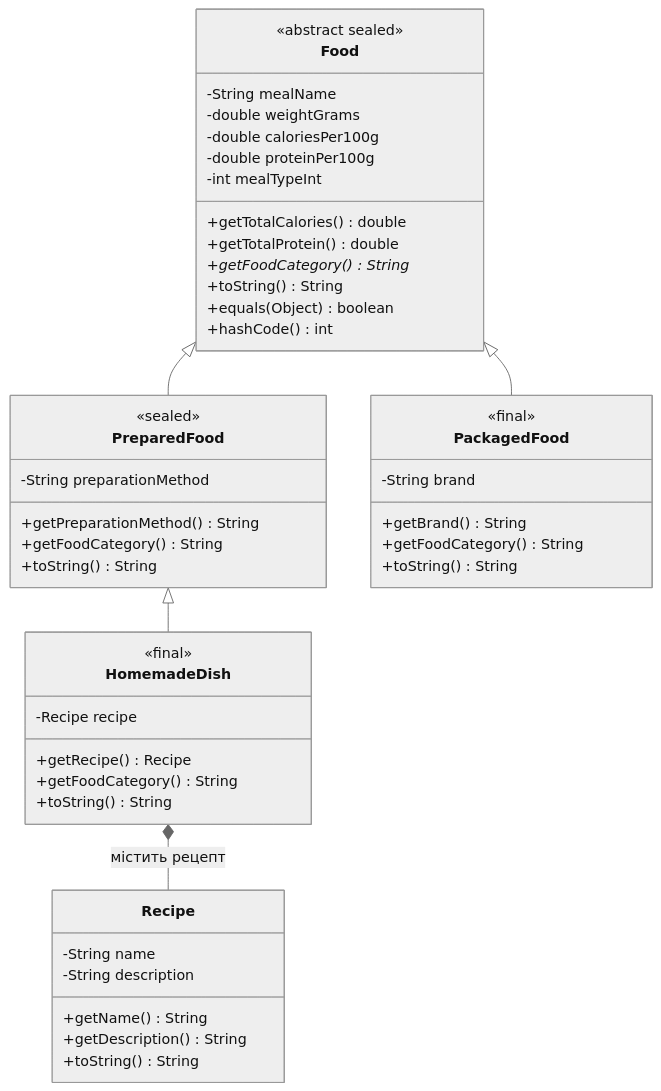
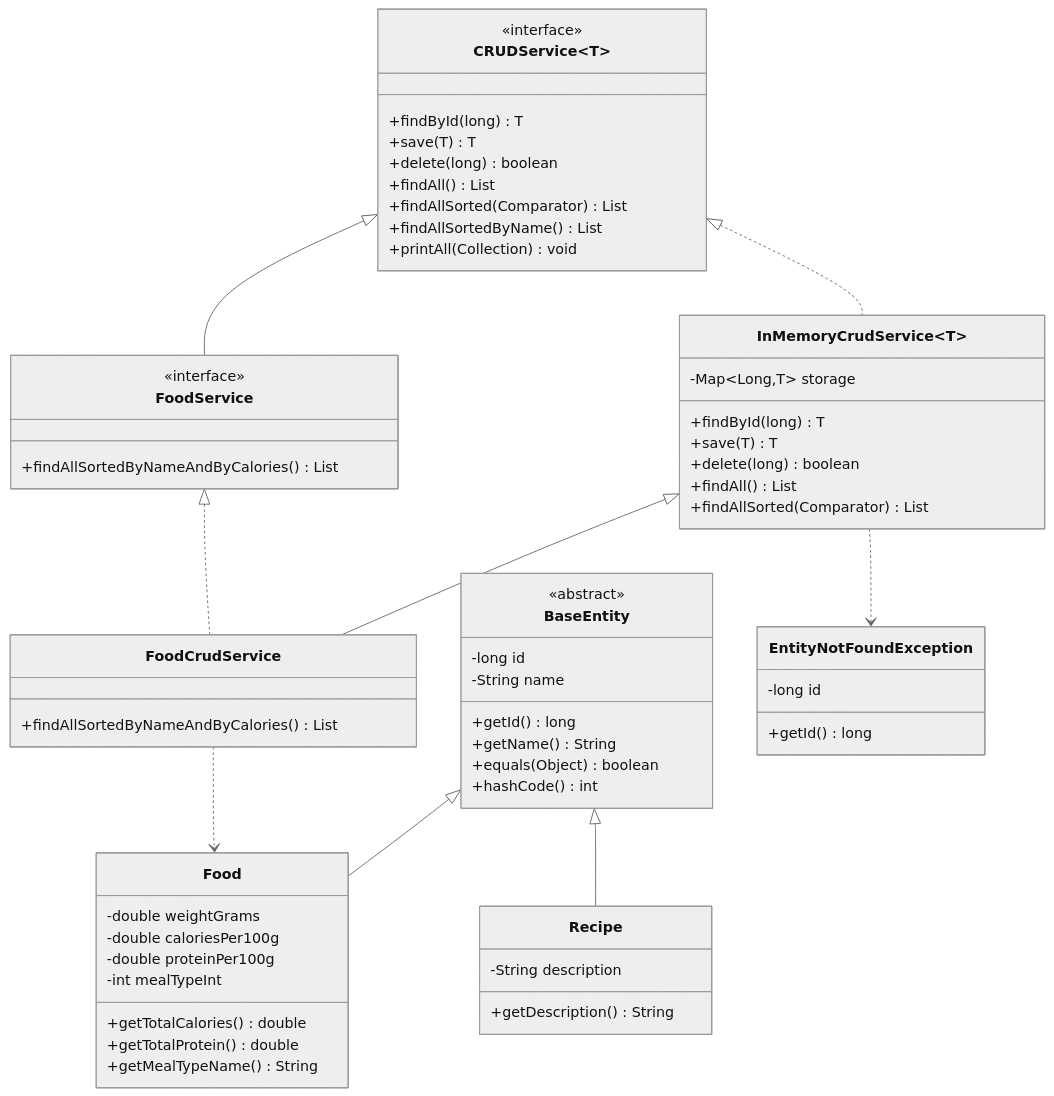
One commit to usern18/Calorietracker changed the diagram in README.md. Above: the diagram before and after it, drawn with Mermaid (neutral theme). The commit also changed other lines of this file and 9 other files, not shown here.

Commit message:
feat: implement generic CRUD service

````diff
--- a/README.md
+++ b/README.md
@@ -53,54 +186,70 @@
 ```mermaid
 classDiagram
+    class BaseEntity {
+        <<abstract>>
+        -long id
+        -String name
+        +getId() long
+        +getName() String
+        +equals(Object) boolean
+        +hashCode() int
+    }
+
     class Food {
-        <<abstract sealed>>
-        -String mealName
         -double weightGrams
         -double caloriesPer100g
         -double proteinPer100g
         -int mealTypeInt
         +getTotalCalories() double
         +getTotalProtein() double
-        +getFoodCategory()* String
-        +toString() String
-        +equals(Object) boolean
-        +hashCode() int
-    }
-
-    class PreparedFood {
-        <<sealed>>
-        -String preparationMethod
-        +getPreparationMethod() String
-        +getFoodCategory() String
-        +toString() String
-    }
-
-    class HomemadeDish {
-        <<final>>
-        -Recipe recipe
-        +getRecipe() Recipe
-        +getFoodCategory() String
-        +toString() String
-    }
-
-    class PackagedFood {
-        <<final>>
-        -String brand
-        +getBrand() String
-        +getFoodCategory() String
-        +toString() String
+        +getMealTypeName() String
     }
 
     class Recipe {
-        -String name
         -String description
-        +getName() String
         +getDescription() String
-        +toString() String
     }
 
-    Food <|-- PreparedFood
-    Food <|-- PackagedFood
-    PreparedFood <|-- HomemadeDish
-    HomemadeDish *-- Recipe : містить рецепт
+    class CRUDService~T~ {
+        <<interface>>
+        +findById(long) T
+        +save(T) T
+        +delete(long) boolean
+        +findAll() List
+        +findAllSorted(Comparator) List
+        +findAllSortedByName() List
+        +printAll(Collection) void
+    }
+
+    class InMemoryCrudService~T~ {
+        -Map~Long,T~ storage
+        +findById(long) T
+        +save(T) T
+        +delete(long) boolean
+        +findAll() List
+        +findAllSorted(Comparator) List
+    }
+
+    class FoodService {
+        <<interface>>
+        +findAllSortedByNameAndByCalories() List
+    }
+
+    class FoodCrudService {
+        +findAllSortedByNameAndByCalories() List
+    }
+
+    class EntityNotFoundException {
+        -long id
+        +getId() long
+    }
+
+    BaseEntity <|-- Food
+    BaseEntity <|-- Recipe
+    CRUDService <|.. InMemoryCrudService
+    InMemoryCrudService <|-- FoodCrudService
+    CRUDService <|-- FoodService
+    FoodService <|.. FoodCrudService
+    InMemoryCrudService ..> EntityNotFoundException
+    FoodCrudService ..> Food
 ```
````
